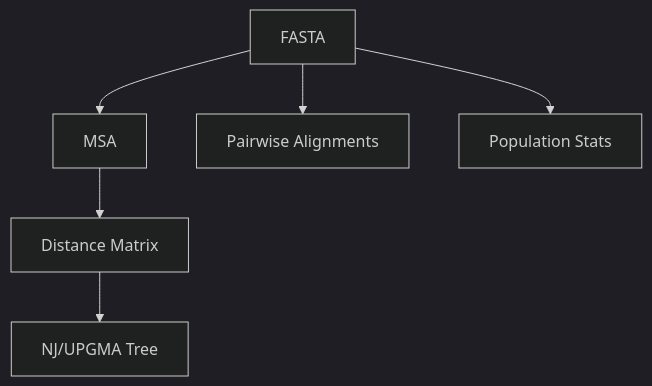
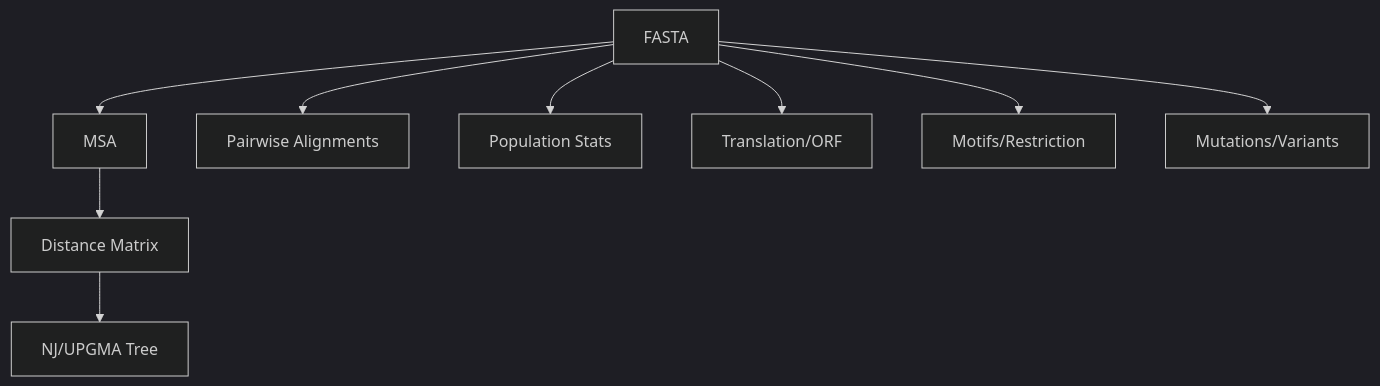
The diagram in docs/dna/index.md (docxology/MetaInformAnt), drawn with Mermaid (dark theme) before and after one commit. The commit also changed other lines of this file and 334 other files, not shown here.

````diff
--- a/docs/dna/index.md
+++ b/docs/dna/index.md
@@ -13,8 +23,11 @@
 ```mermaid
 flowchart TD
   A[FASTA] --> B[MSA]
   A --> C[Pairwise Alignments]
   B --> D[Distance Matrix]
   D --> E[NJ/UPGMA Tree]
   A --> F[Population Stats]
+  A --> G[Translation/ORF]
+  A --> H[Motifs/Restriction]
+  A --> I[Mutations/Variants]
 ```
````
